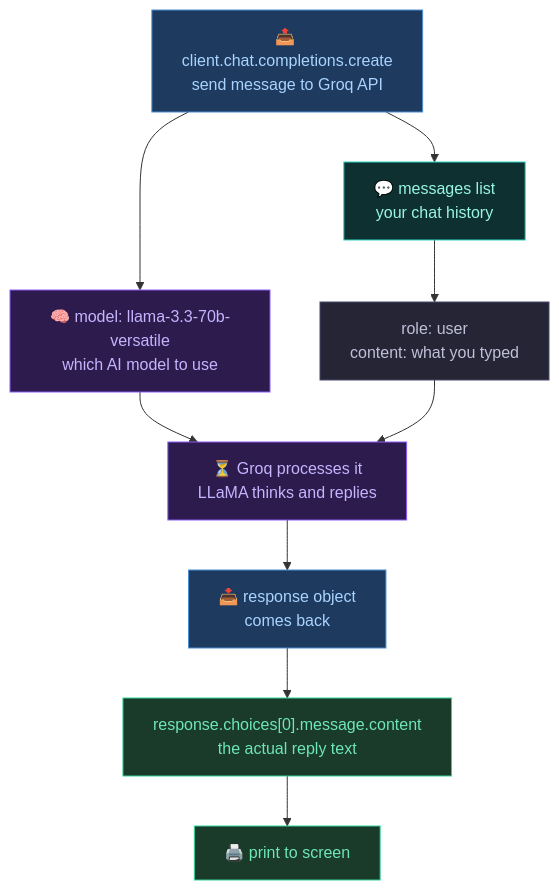
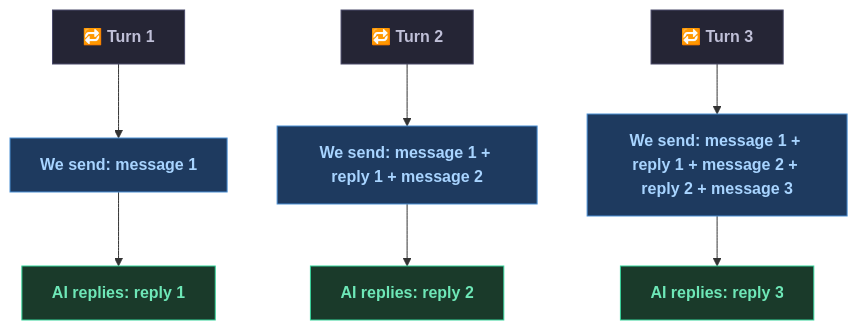
Before and after one commit to abdulsamadxai/groq-chatbot-basic: the sixth of 9 diagrams in README.md, drawn with Mermaid. The commit also changed other lines of this file, not shown here.

````diff
--- a/README.md
+++ b/README.md
@@ -200,17 +254,15 @@
 ```mermaid
 flowchart TD
-    A["📤 client.chat.completions.create\nsend message to Groq API"]:::blue
-    A --> B["🧠 model: llama-3.3-70b-versatile\nwhich AI model to use"]:::purple
-    A --> C["💬 messages list\nyour chat history"]:::teal
-    C --> D["role: user\ncontent: what you typed"]:::gray
-    B & D --> E["⏳ Groq processes it\nLLaMA thinks and replies"]:::purple
-    E --> F["📥 response object\ncomes back"]:::blue
-    F --> G["response.choices[0].message.content\nthe actual reply text"]:::green
-    G --> H["🖨️ print to screen"]:::green
+    TURN1["🔁 Turn 1"]:::label
+    TURN1 --> S1["We send: message 1"]:::blue --> R1["AI replies: reply 1"]:::green
 
+    TURN2["🔁 Turn 2"]:::label
+    TURN2 --> S2["We send: message 1 + reply 1 + message 2"]:::blue --> R2["AI replies: reply 2"]:::green
+
+    TURN3["🔁 Turn 3"]:::label
+    TURN3 --> S3["We send: message 1 + reply 1 + message 2 + reply 2 + message 3"]:::blue --> R3["AI replies: reply 3"]:::green
+
+    classDef label fill:#252535,stroke:#4a4a6a,color:#c0c0d8,font-weight:bold
     classDef blue fill:#1e3a5f,stroke:#4a8fd4,color:#a8d4ff
-    classDef purple fill:#2d1b4e,stroke:#8b5cf6,color:#c4b5fd
-    classDef teal fill:#0f3030,stroke:#2dd4bf,color:#99f6e4
-    classDef gray fill:#252535,stroke:#4a4a6a,color:#c0c0d8
     classDef green fill:#1a3a2a,stroke:#34d399,color:#6ee7b7
 ```
````
